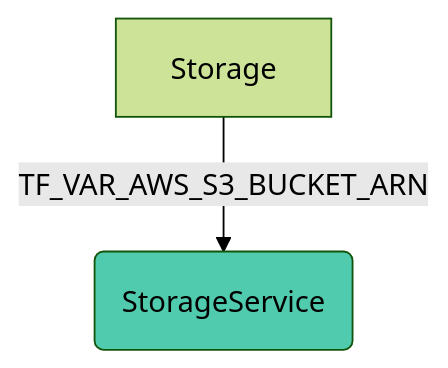
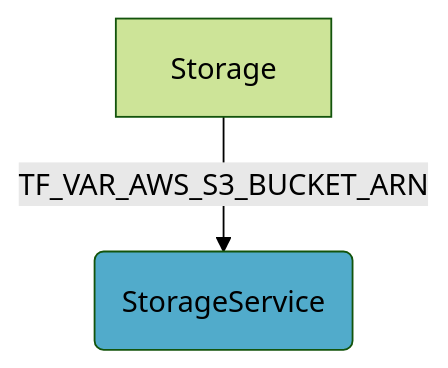
One commit to spacelift-io/user-documentation changed the first of 9 diagrams in docs/concepts/stack/stack-dependencies.md. Above: the diagram before and after it, drawn with Mermaid (forest theme). The commit also changed other lines of this file and 10 other files, not shown here.

````diff
--- a/docs/concepts/stack/stack-dependencies.md
+++ b/docs/concepts/stack/stack-dependencies.md
@@ -64,6 +56,6 @@
 ```mermaid
 graph TD;
     Storage --> |TF_VAR_AWS_S3_BUCKET_ARN|storageColor(StorageService);
 
-    style storageColor fill:#51cbad
+    style storageColor fill:#51abcb
 ```
````
